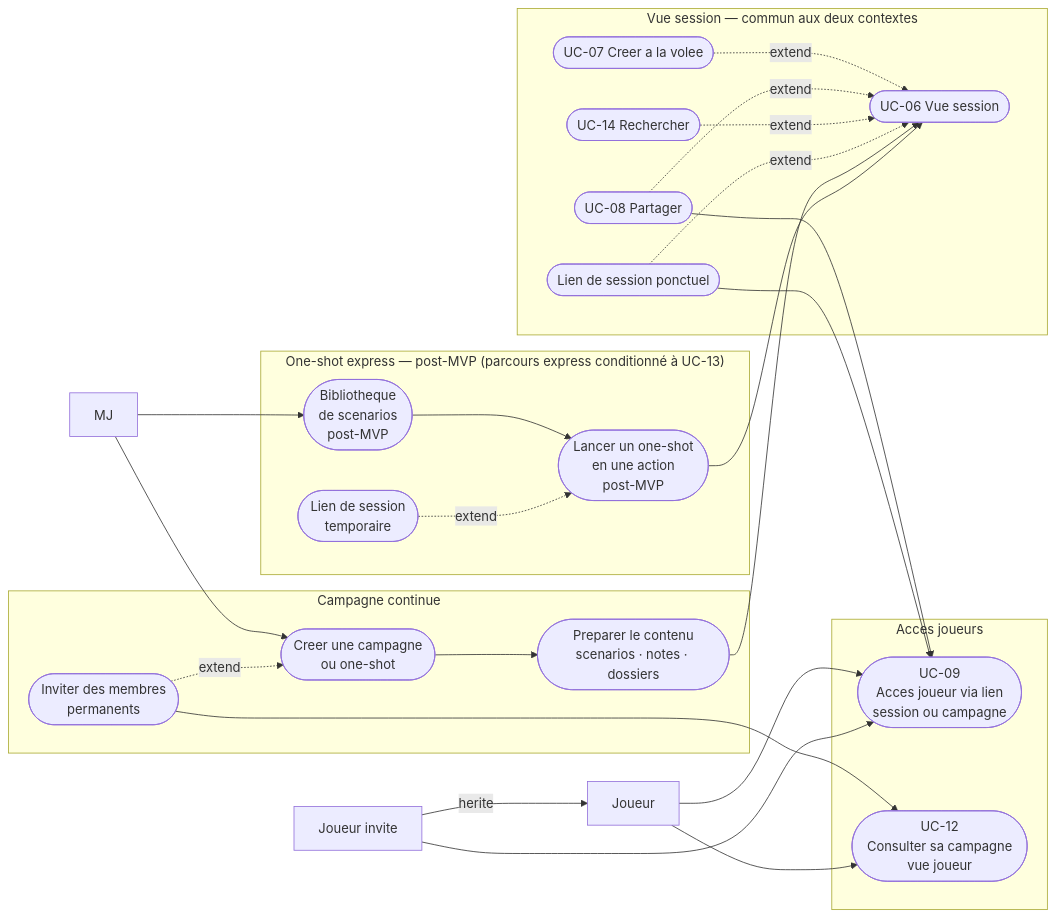
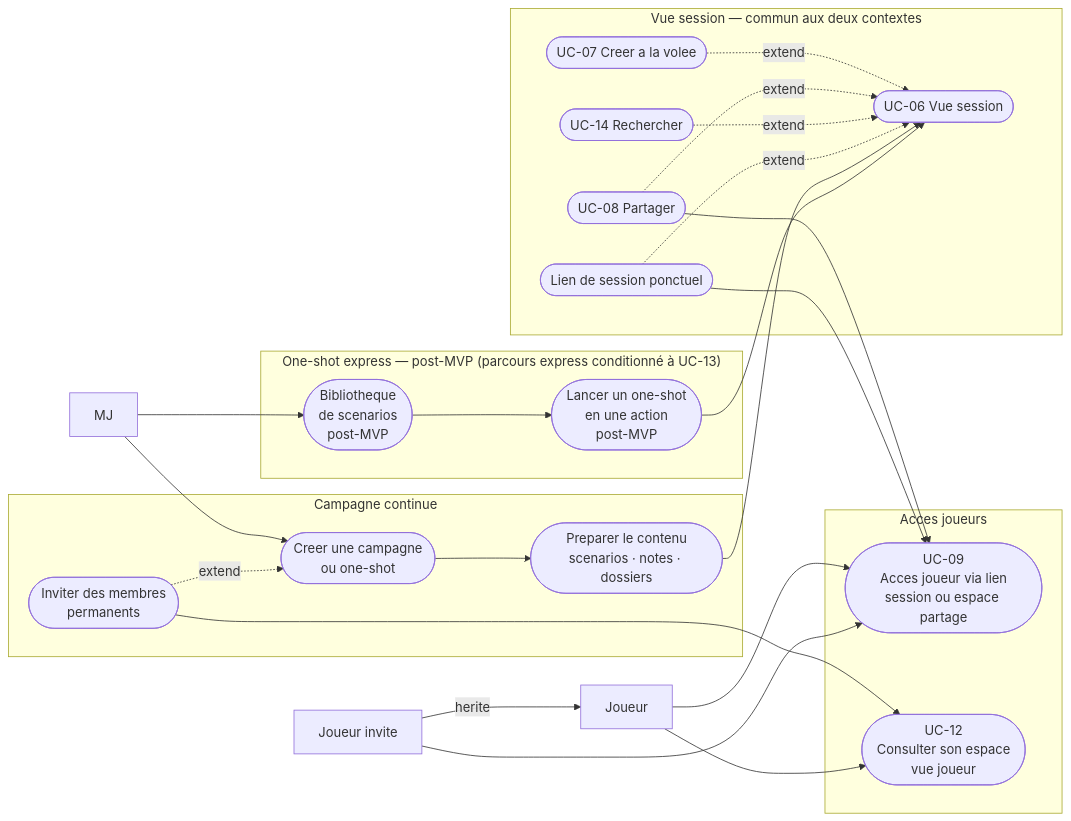
Before and after one commit to 2025-10-CDA-ECO-P6/PM-micro-saas: the fifth of 5 diagrams in docs/besoin/cas-d-utilisation/diagrammes.md, drawn with Mermaid. The commit also changed other lines of this file, not shown here.

First line of the commit message:
docs(cas-d-utilisation): aligne les diagrammes de cas d'utilisation sur les UC

````diff
--- a/docs/besoin/cas-d-utilisation/diagrammes.md
+++ b/docs/besoin/cas-d-utilisation/diagrammes.md
@@ -230,48 +228,46 @@
 ```mermaid
 flowchart LR
     MJ["MJ"]
     Joueur["Joueur"]
     JInvite["Joueur invite"]
     JInvite -- herite --> Joueur
 
     subgraph CAMP["Campagne continue"]
         C1(["Creer une campagne\nou one-shot"])
         C2(["Preparer le contenu\nscenarios · notes · dossiers"])
         C3(["Inviter des membres\npermanents"])
     end
     subgraph ONESHOT["One-shot express — post-MVP (parcours express conditionné à UC-13)"]
         O1(["Bibliotheque\nde scenarios\npost-MVP"])
         O2(["Lancer un one-shot\nen une action\npost-MVP"])
-        O3(["Lien de session\ntemporaire"])
     end
     subgraph COMMUN["Vue session — commun aux deux contextes"]
         S1(["UC-06 Vue session"])
         S2(["UC-07 Creer a la volee"])
         S3(["UC-08 Partager"])
         S4(["UC-14 Rechercher"])
         S5(["Lien de session ponctuel"])
         S2 -.->|"extend"| S1
         S3 -.->|"extend"| S1
         S4 -.->|"extend"| S1
         S5 -.->|"extend"| S1
     end
     subgraph JOUEURS["Acces joueurs"]
-        UC09(["UC-09\nAcces joueur via lien\nsession ou campagne"])
-        UC12(["UC-12\nConsulter sa campagne\nvue joueur"])
+        UC09(["UC-09\nAcces joueur via lien\nsession ou espace partage"])
+        UC12(["UC-12\nConsulter son espace\nvue joueur"])
     end
 
     MJ --> C1
     C1 --> C2
     C3 -.->|"extend"| C1
     C2 --> S1
     MJ --> O1
     O1 --> O2
-    O3 -.->|"extend"| O2
     O2 --> S1
     S3 --> UC09
     S5 --> UC09
     C3 --> UC12
     Joueur --> UC09
     Joueur --> UC12
     JInvite --> UC09
 ```
````
